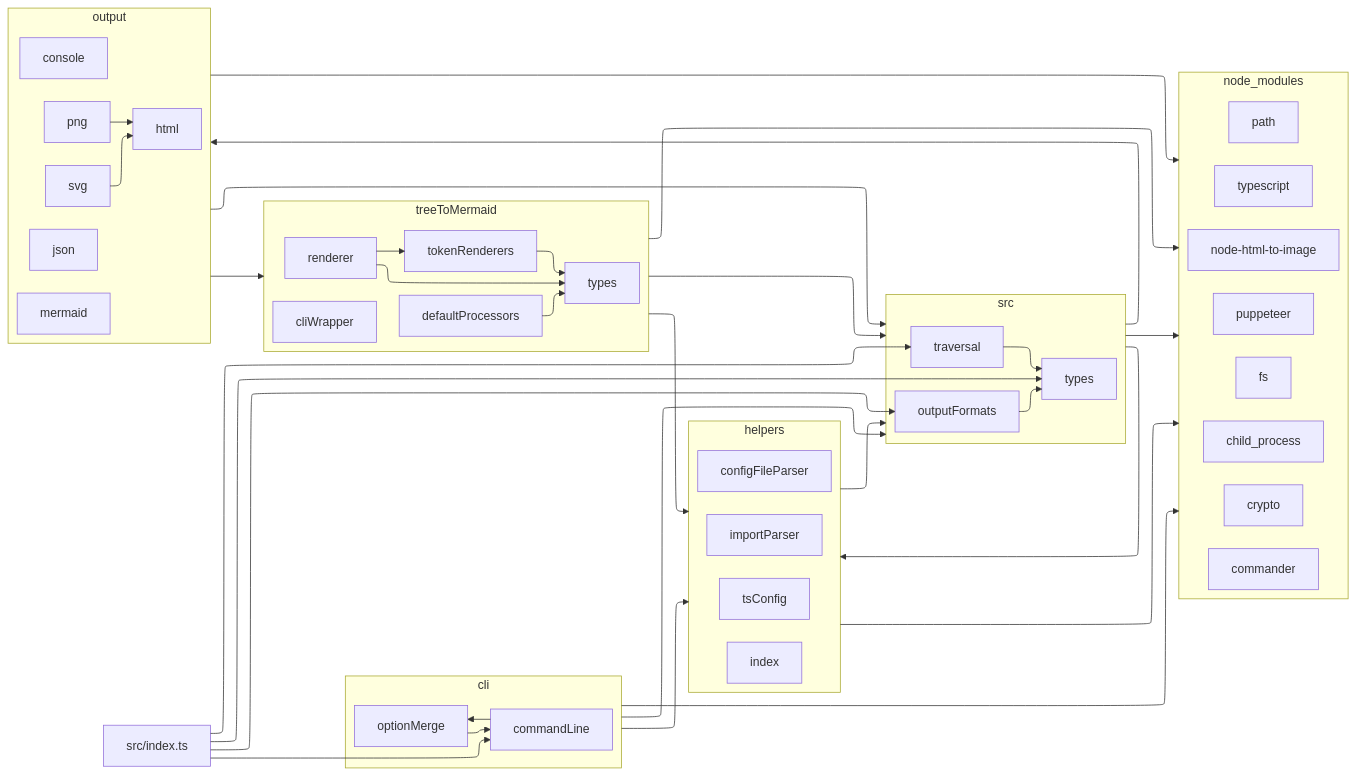
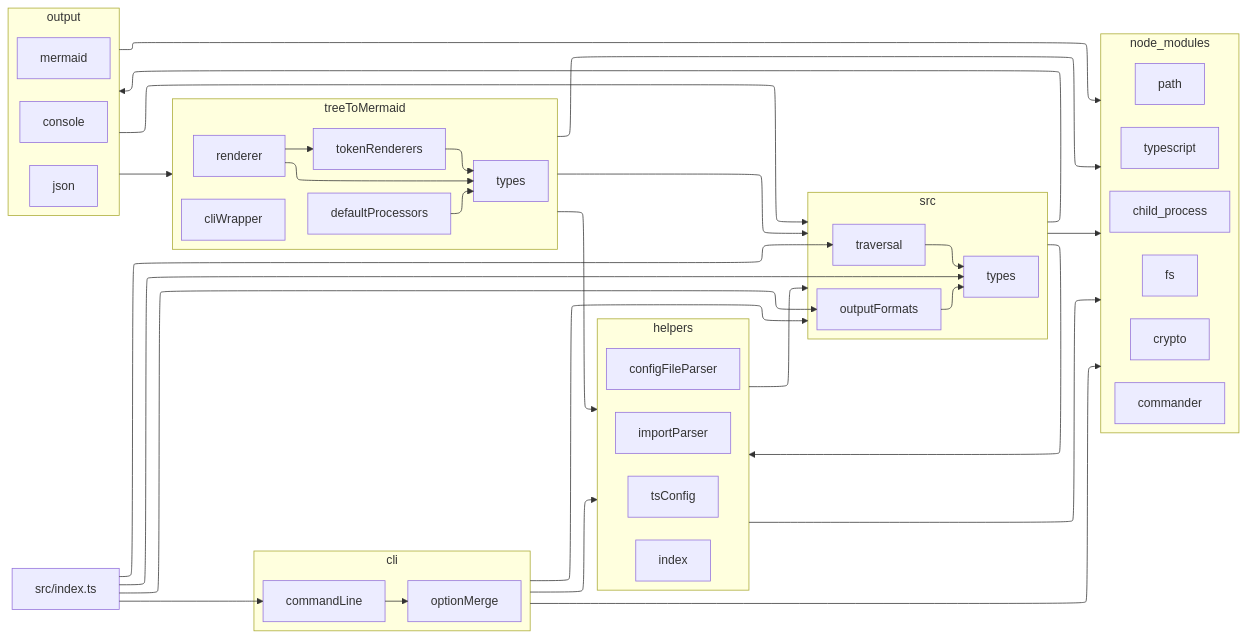
Before and after one commit to Klemeesi/ts-insp: the diagram in docs/MermaidExample.md, drawn with Mermaid. The commit also changed 19 other files, not shown here.

````diff
--- a/docs/MermaidExample.md
+++ b/docs/MermaidExample.md
@@ -1,78 +1,70 @@
 ```mermaid
 ---
 config:
   layout: elk
   theme: default
 ---
 graph LR
 root["src/index.ts"]
 subgraph src
 97436aa4caaa9fe6c1f7fbda54bea5c5["traversal"]
 152b731d9960fa8a94d223c73a70437c["types"]
 1fe092282d1f404a83c6dfaa449427eb["outputFormats"]
 end
 subgraph node_modules
 ee253c483834accc136016fd0cfda308["typescript"]
 bc7b36fe4d2924e49800d9b3dc4a325c["fs"]
 d6fe1d0be6347b8ef2427fa629c04485["path"]
 5ae9b7f211e23aac3df5f2b8f3b8eada["crypto"]
 590e227ecebc0951e8994717b1bc8669["commander"]
-660ad68f5b95885609cd57ba3bdf39ef["node-html-to-image"]
-0742e241c07c7470dbed6671089f6fda["puppeteer"]
 6bdd121cf07238ae4acd0de370dd13bf["child_process"]
 end
 subgraph helpers
 89368ad2b907401c75ac83d0c8f51150["importParser"]
 333f22f566da67b693a352a010116a59["tsConfig"]
 3fb28eb5baf18d345d0ad93d7e341109["configFileParser"]
 ef9f86388078e0560db65509eefba48d["index"]
 end
 subgraph cli
 6eabf6036c1cd8aaca6f56d1c8fb63e0["commandLine"]
 e414dc75f5dcbe2827116d5050a8c6fa["optionMerge"]
 end
 subgraph output
 7029e3f6954c28b14ceaef910bc2c07b["console"]
-0db6041ec8d2e82f5e9c6db8fd8a97bc["html"]
 1cdc6bd921f66f50622b5c56a23a8d72["json"]
-9fbed50a45fceb27d386ff54167b51bb["png"]
-3ea04c08e90c63ab428b8ddc0fa72e1a["svg"]
 3c9aeb9e1a663982bf18432623f081c0["mermaid"]
 end
 subgraph treeToMermaid
 5fc5c7f77b9094999991e4a88935bbc8["renderer"]
 ba94a21f1b99f22bcbee495161be6017["tokenRenderers"]
 43b2c294408e9aca405ff8cc04120742["types"]
 a7c2c5aebf261da9ed0ec6111e63d2d3["defaultProcessors"]
 45fc45c3c3ddc9a6a05b8fa52cbd234c["cliWrapper"]
 end
 root root_97436aa4caaa9fe6c1f7fbda54bea5c5@--> 97436aa4caaa9fe6c1f7fbda54bea5c5
 src src_node_modules@--> node_modules
 97436aa4caaa9fe6c1f7fbda54bea5c5 97436aa4caaa9fe6c1f7fbda54bea5c5_152b731d9960fa8a94d223c73a70437c@--> 152b731d9960fa8a94d223c73a70437c
 src src_helpers@--> helpers
 helpers helpers_node_modules@--> node_modules
 helpers helpers_src@--> src
 root root_6eabf6036c1cd8aaca6f56d1c8fb63e0@--> 6eabf6036c1cd8aaca6f56d1c8fb63e0
 cli cli_node_modules@--> node_modules
 cli cli_src@--> src
 cli cli_helpers@--> helpers
 6eabf6036c1cd8aaca6f56d1c8fb63e0 6eabf6036c1cd8aaca6f56d1c8fb63e0_e414dc75f5dcbe2827116d5050a8c6fa@--> e414dc75f5dcbe2827116d5050a8c6fa
-e414dc75f5dcbe2827116d5050a8c6fa e414dc75f5dcbe2827116d5050a8c6fa_6eabf6036c1cd8aaca6f56d1c8fb63e0@--> 6eabf6036c1cd8aaca6f56d1c8fb63e0
 root root_152b731d9960fa8a94d223c73a70437c@--> 152b731d9960fa8a94d223c73a70437c
 root root_1fe092282d1f404a83c6dfaa449427eb@--> 1fe092282d1f404a83c6dfaa449427eb
 1fe092282d1f404a83c6dfaa449427eb 1fe092282d1f404a83c6dfaa449427eb_152b731d9960fa8a94d223c73a70437c@--> 152b731d9960fa8a94d223c73a70437c
 src src_output@--> output
 output output_src@--> src
 output output_node_modules@--> node_modules
-9fbed50a45fceb27d386ff54167b51bb 9fbed50a45fceb27d386ff54167b51bb_0db6041ec8d2e82f5e9c6db8fd8a97bc@--> 0db6041ec8d2e82f5e9c6db8fd8a97bc
-3ea04c08e90c63ab428b8ddc0fa72e1a 3ea04c08e90c63ab428b8ddc0fa72e1a_0db6041ec8d2e82f5e9c6db8fd8a97bc@--> 0db6041ec8d2e82f5e9c6db8fd8a97bc
 output output_treeToMermaid@--> treeToMermaid
 treeToMermaid treeToMermaid_helpers@--> helpers
 5fc5c7f77b9094999991e4a88935bbc8 5fc5c7f77b9094999991e4a88935bbc8_ba94a21f1b99f22bcbee495161be6017@--> ba94a21f1b99f22bcbee495161be6017
 ba94a21f1b99f22bcbee495161be6017 ba94a21f1b99f22bcbee495161be6017_43b2c294408e9aca405ff8cc04120742@--> 43b2c294408e9aca405ff8cc04120742
 5fc5c7f77b9094999991e4a88935bbc8 5fc5c7f77b9094999991e4a88935bbc8_43b2c294408e9aca405ff8cc04120742@--> 43b2c294408e9aca405ff8cc04120742
 treeToMermaid treeToMermaid_src@--> src
 a7c2c5aebf261da9ed0ec6111e63d2d3 a7c2c5aebf261da9ed0ec6111e63d2d3_43b2c294408e9aca405ff8cc04120742@--> 43b2c294408e9aca405ff8cc04120742
 treeToMermaid treeToMermaid_node_modules@--> node_modules
 
 ```
````
